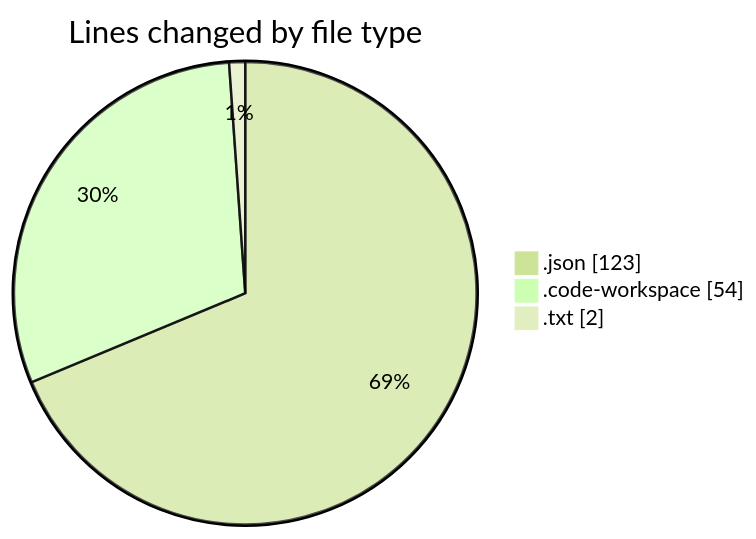
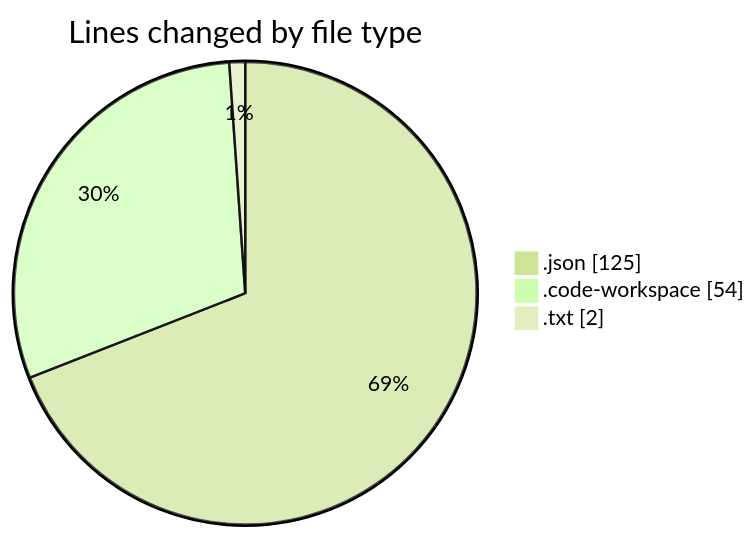
The first of 2 diagrams in 2026-02-24/workbench__workspace_/README.md (jadenblack/code-tracking), drawn with Mermaid (forest theme) before and after one commit. The commit also changed other lines of this file and 1 other file, not shown here.

````diff
--- a/2026-02-24/workbench__workspace_/README.md
+++ b/2026-02-24/workbench__workspace_/README.md
@@ -22,7 +22,7 @@
 ```mermaid
 pie showData
 title Lines changed by file type
-".json" : 123
+".json" : 125
 ".code-workspace" : 54
 ".txt" : 2
 ```
````
